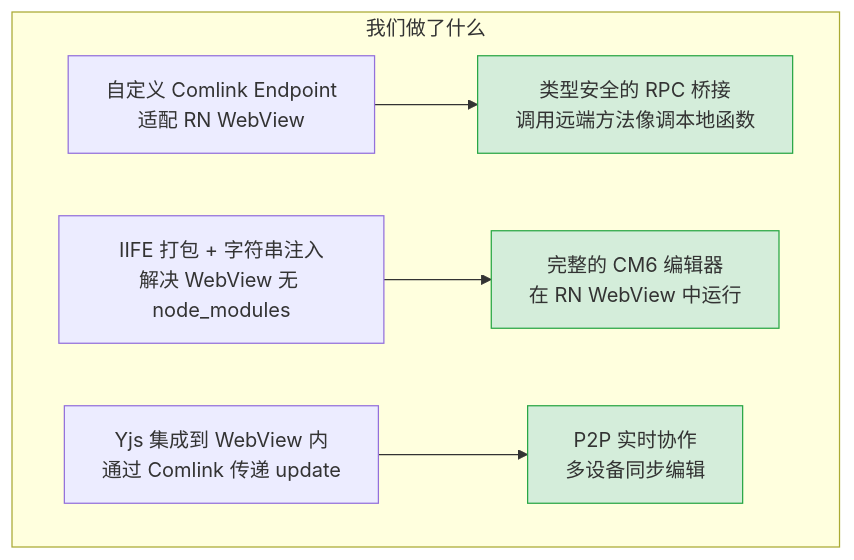
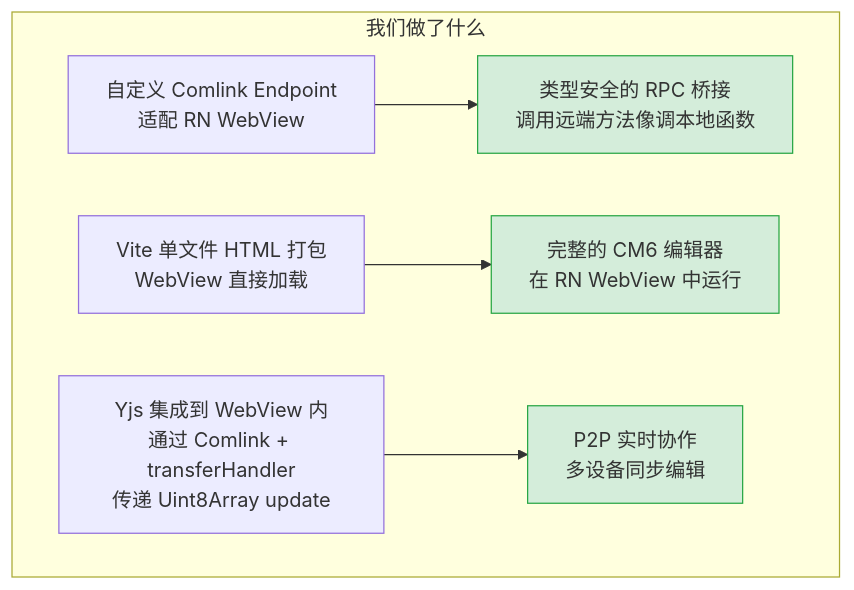
Diagram 18 of 18 in dev-notes/blog/comlink-codemirror-rn-integration.md (yexiyue/SwarmNote-RN), drawn with Mermaid before and after one commit. The commit also changed other lines of this file and 47 other files, not shown here.

First line of the commit message:
refactor: fix Comlink bridge issues, split editor-web into modules, migrate build to Vite

````diff
--- a/dev-notes/blog/comlink-codemirror-rn-integration.md
+++ b/dev-notes/blog/comlink-codemirror-rn-integration.md
@@ -679,12 +695,12 @@
 ```mermaid
 graph TB
     subgraph "我们做了什么"
         A["自定义 Comlink Endpoint<br/>适配 RN WebView"] --> B["类型安全的 RPC 桥接<br/>调用远端方法像调本地函数"]
-        C["IIFE 打包 + 字符串注入<br/>解决 WebView 无 node_modules"] --> D["完整的 CM6 编辑器<br/>在 RN WebView 中运行"]
-        E["Yjs 集成到 WebView 内<br/>通过 Comlink 传递 update"] --> F["P2P 实时协作<br/>多设备同步编辑"]
+        C["Vite 单文件 HTML 打包<br/>WebView 直接加载"] --> D["完整的 CM6 编辑器<br/>在 RN WebView 中运行"]
+        E["Yjs 集成到 WebView 内<br/>通过 Comlink + transferHandler<br/>传递 Uint8Array update"] --> F["P2P 实时协作<br/>多设备同步编辑"]
     end
     
     style B fill:#d4edda,stroke:#28a745
     style D fill:#d4edda,stroke:#28a745
     style F fill:#d4edda,stroke:#28a745
 ```
````
